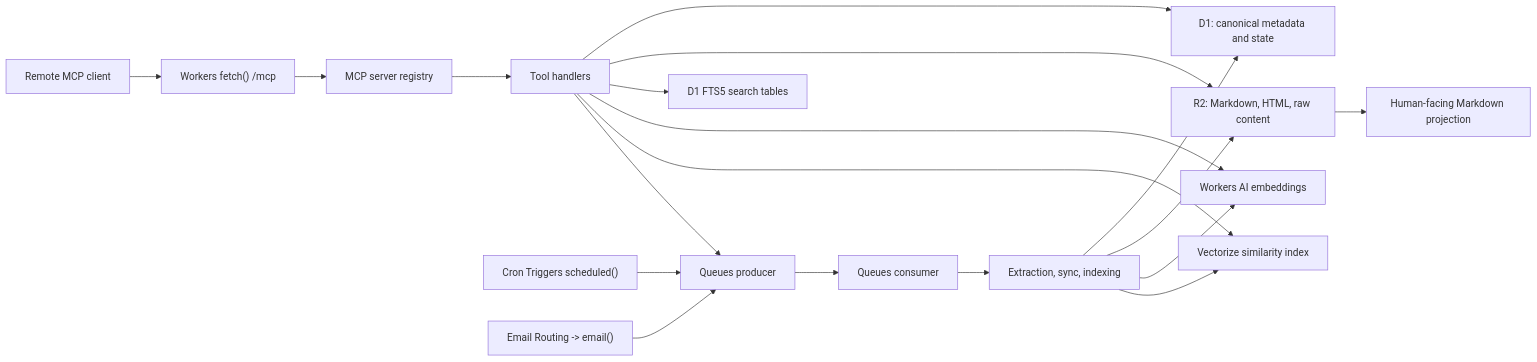
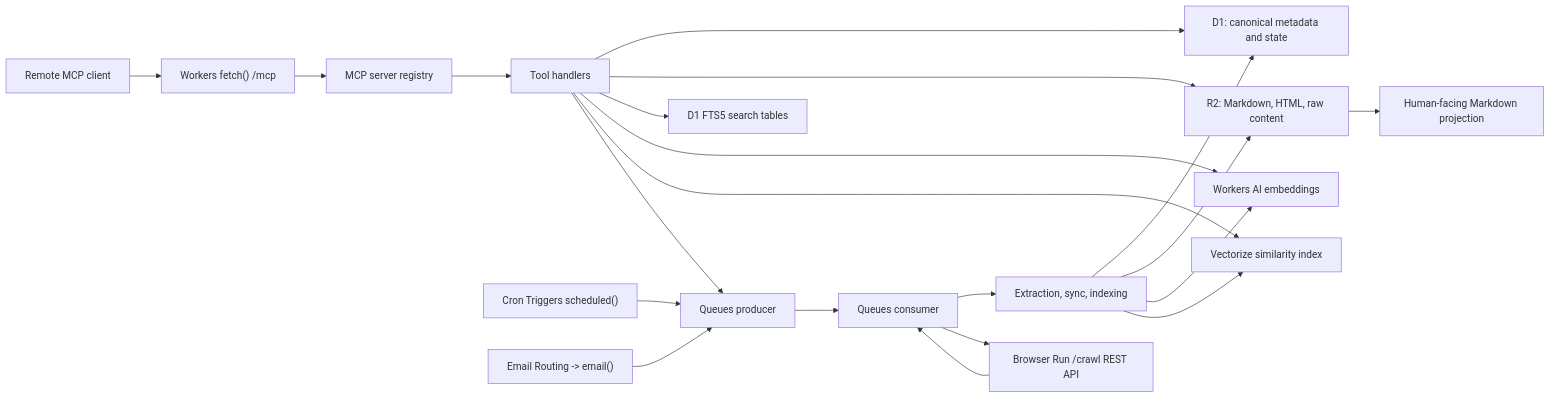
One commit to mccann-stuart/KeepRoot changed the diagram in TECHNICAL_ARCHITECTURE.md. Above: the diagram before and after it, drawn with Mermaid. The commit also changed other lines of this file and 32 other files, not shown here.

````diff
--- a/TECHNICAL_ARCHITECTURE.md
+++ b/TECHNICAL_ARCHITECTURE.md
@@ -98,24 +98,26 @@
 ```mermaid
 flowchart LR
     Client["Remote MCP client"] --> Worker["Workers fetch() /mcp"]
     Worker --> MCP["MCP server registry"]
     MCP --> Tools["Tool handlers"]
 
     Tools --> D1["D1: canonical metadata and state"]
     Tools --> R2["R2: Markdown, HTML, raw content"]
     Tools --> FTS["D1 FTS5 search tables"]
     Tools --> AI["Workers AI embeddings"]
     Tools --> Vec["Vectorize similarity index"]
     Tools --> Queue["Queues producer"]
 
     Cron["Cron Triggers scheduled()"] --> Queue
     Email["Email Routing -> email()"] --> Queue
     Queue --> Consumer["Queues consumer"]
     Consumer --> Ingest["Extraction, sync, indexing"]
+    Consumer --> BrowserRun["Browser Run /crawl REST API"]
+    BrowserRun --> Consumer
     Ingest --> D1
     Ingest --> R2
     Ingest --> AI
     Ingest --> Vec
 
     R2 --> Markdown["Human-facing Markdown projection"]
 ```
````
